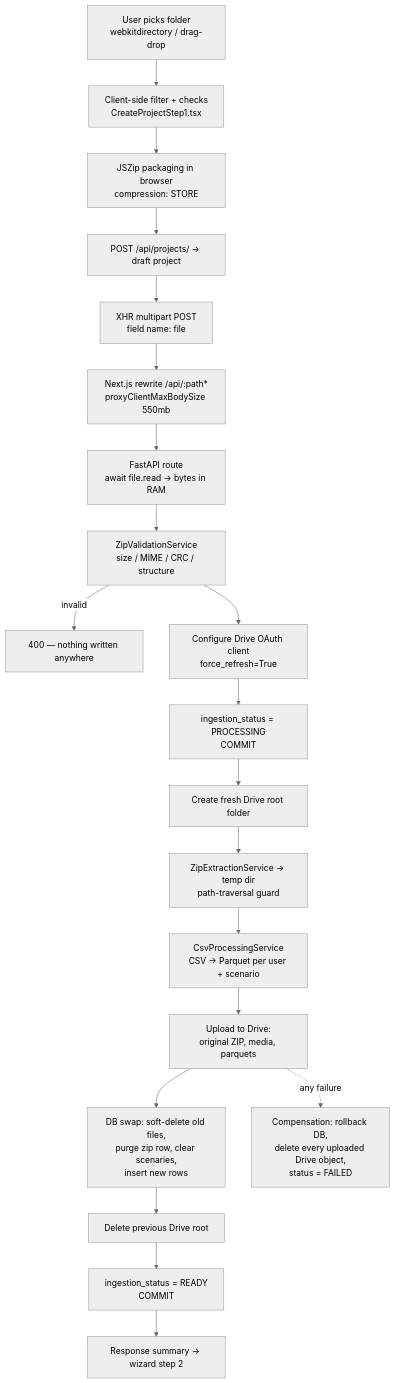
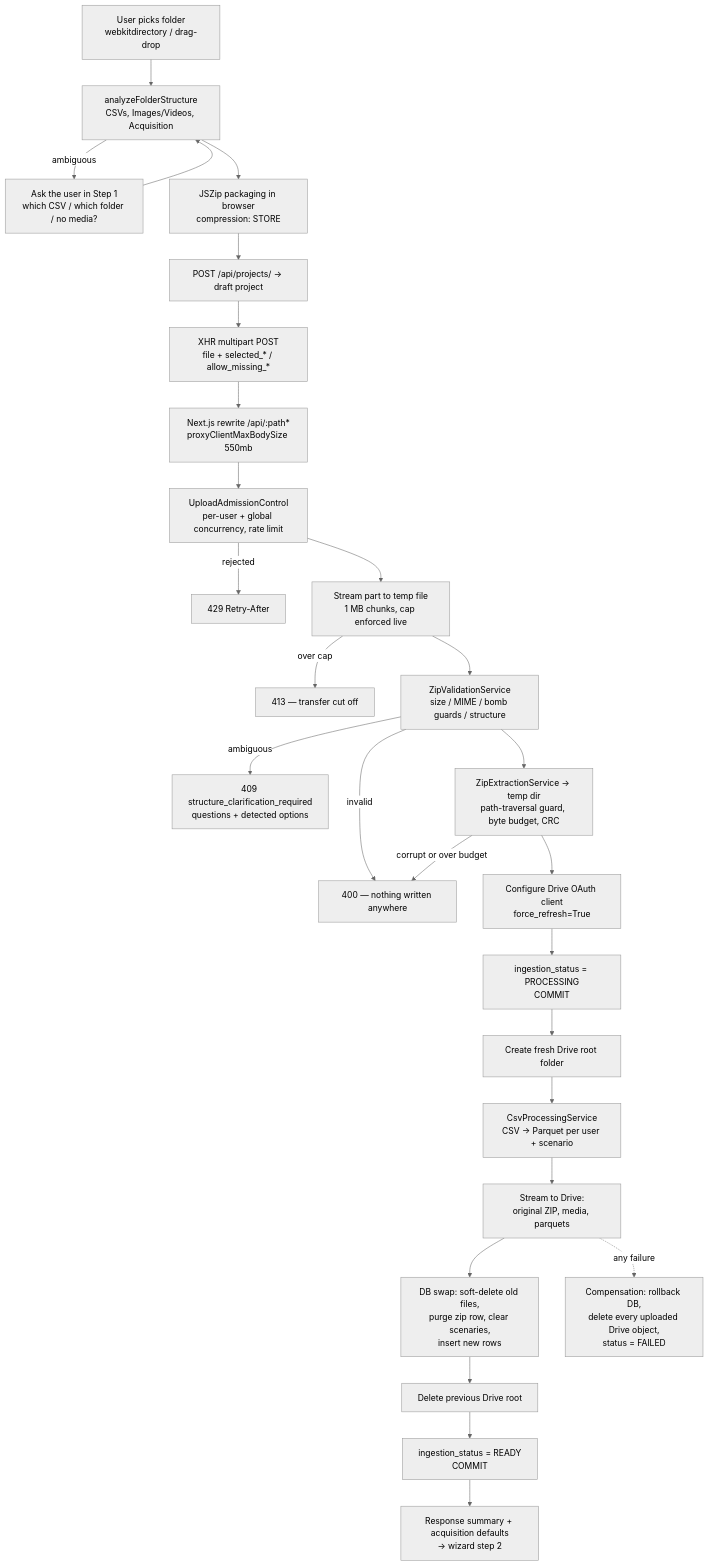
Before and after one commit to Proyecto-Software-Biosenales/NeuroDatics-App: the diagram in docs/UPLOAD_PIPELINE.md, drawn with Mermaid (neutral theme). The commit also changed other lines of this file and 33 other files, not shown here.

````diff
--- a/docs/UPLOAD_PIPELINE.md
+++ b/docs/UPLOAD_PIPELINE.md
@@ -37,22 +45,29 @@
 ```mermaid
 flowchart TD
-    A["User picks folder<br/>webkitdirectory / drag-drop"] --> B["Client-side filter + checks<br/>CreateProjectStep1.tsx"]
+    A["User picks folder<br/>webkitdirectory / drag-drop"] --> B["analyzeFolderStructure<br/>CSVs, Images/Videos, Acquisition"]
+    B -->|ambiguous| B2["Ask the user in Step 1<br/>which CSV / which folder / no media?"]
+    B2 --> B
     B --> C["JSZip packaging in browser<br/>compression: STORE"]
     C --> D["POST /api/projects/ → draft project"]
-    D --> E["XHR multipart POST<br/>field name: file"]
+    D --> E["XHR multipart POST<br/>file + selected_* / allow_missing_*"]
     E --> F["Next.js rewrite /api/:path*<br/>proxyClientMaxBodySize 550mb"]
-    F --> G["FastAPI route<br/>await file.read → bytes in RAM"]
-    G --> H["ZipValidationService<br/>size / MIME / CRC / structure"]
+    F --> G0["UploadAdmissionControl<br/>per-user + global concurrency, rate limit"]
+    G0 -->|rejected| G1["429 Retry-After"]
+    G0 --> G["Stream part to temp file<br/>1 MB chunks, cap enforced live"]
+    G -->|over cap| G2["413 — transfer cut off"]
+    G --> H["ZipValidationService<br/>size / MIME / bomb guards / structure"]
     H -->|invalid| H2["400 — nothing written anywhere"]
-    H --> I["Configure Drive OAuth client<br/>force_refresh=True"]
+    H -->|ambiguous| H3["409 structure_clarification_required<br/>questions + detected options"]
+    H --> L["ZipExtractionService → temp dir<br/>path-traversal guard, byte budget, CRC"]
+    L -->|corrupt or over budget| H2
+    L --> I["Configure Drive OAuth client<br/>force_refresh=True"]
     I --> J["ingestion_status = PROCESSING<br/>COMMIT"]
     J --> K["Create fresh Drive root folder"]
-    K --> L["ZipExtractionService → temp dir<br/>path-traversal guard"]
-    L --> M["CsvProcessingService<br/>CSV → Parquet per user + scenario"]
-    M --> N["Upload to Drive:<br/>original ZIP, media, parquets"]
+    K --> M["CsvProcessingService<br/>CSV → Parquet per user + scenario"]
+    M --> N["Stream to Drive:<br/>original ZIP, media, parquets"]
     N --> O["DB swap: soft-delete old files,<br/>purge zip row, clear scenaries,<br/>insert new rows"]
     O --> P["Delete previous Drive root"]
     P --> Q["ingestion_status = READY<br/>COMMIT"]
-    Q --> R["Response summary → wizard step 2"]
+    Q --> R["Response summary + acquisition defaults<br/>→ wizard step 2"]
     N -.->|any failure| X["Compensation: rollback DB,<br/>delete every uploaded Drive object,<br/>status = FAILED"]
 ```
````
